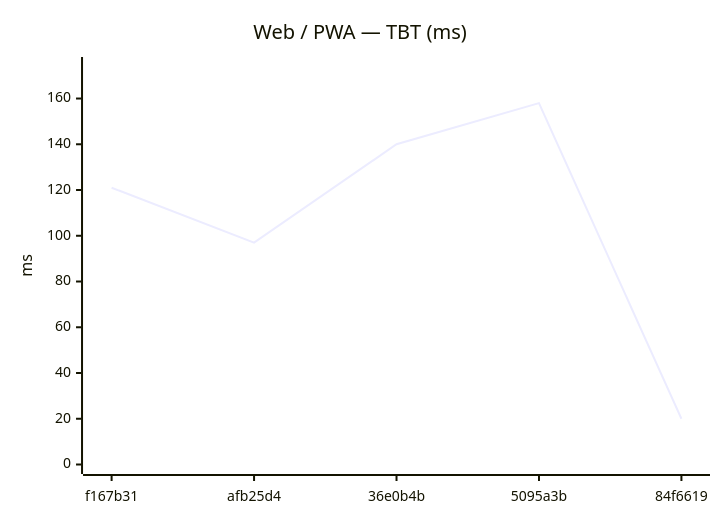
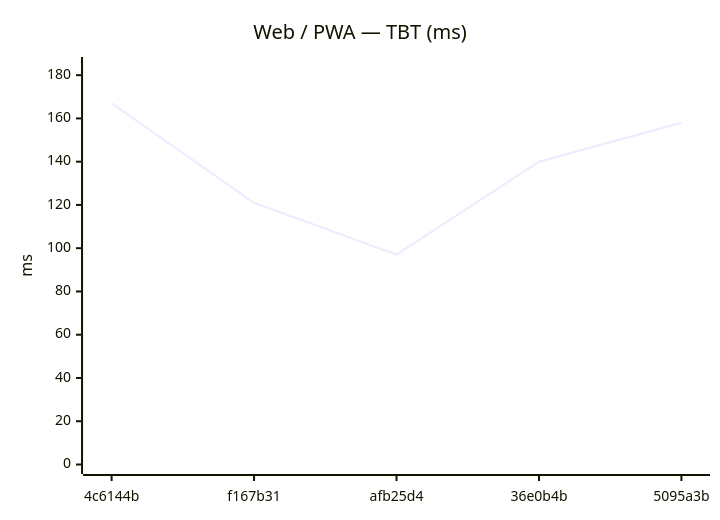
The eighth of 18 diagrams in benchmarks/compare.md (Metaheurist/Rianell), drawn with Mermaid before and after one commit. The commit also changed other lines of this file and 11 other files, not shown here.

````diff
--- a/benchmarks/compare.md
+++ b/benchmarks/compare.md
@@ -124,7 +124,7 @@
 ```mermaid
 xychart-beta
     title "Web / PWA — TBT (ms)"
-    x-axis ["f167b31", "afb25d4", "36e0b4b", "5095a3b", "84f6619"]
-    y-axis "ms" 0 --> 174
-    line [121, 97, 140, 158, 20]
+    x-axis ["4c6144b", "f167b31", "afb25d4", "36e0b4b", "5095a3b"]
+    y-axis "ms" 0 --> 184
+    line [167, 121, 97, 140, 158]
 ```
````
